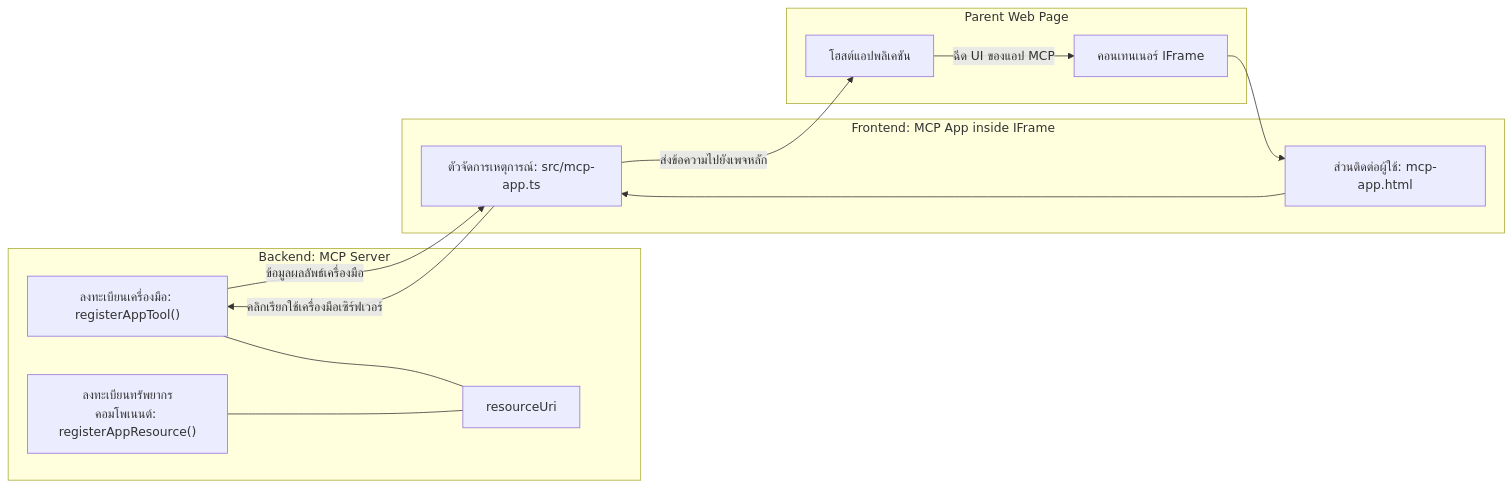
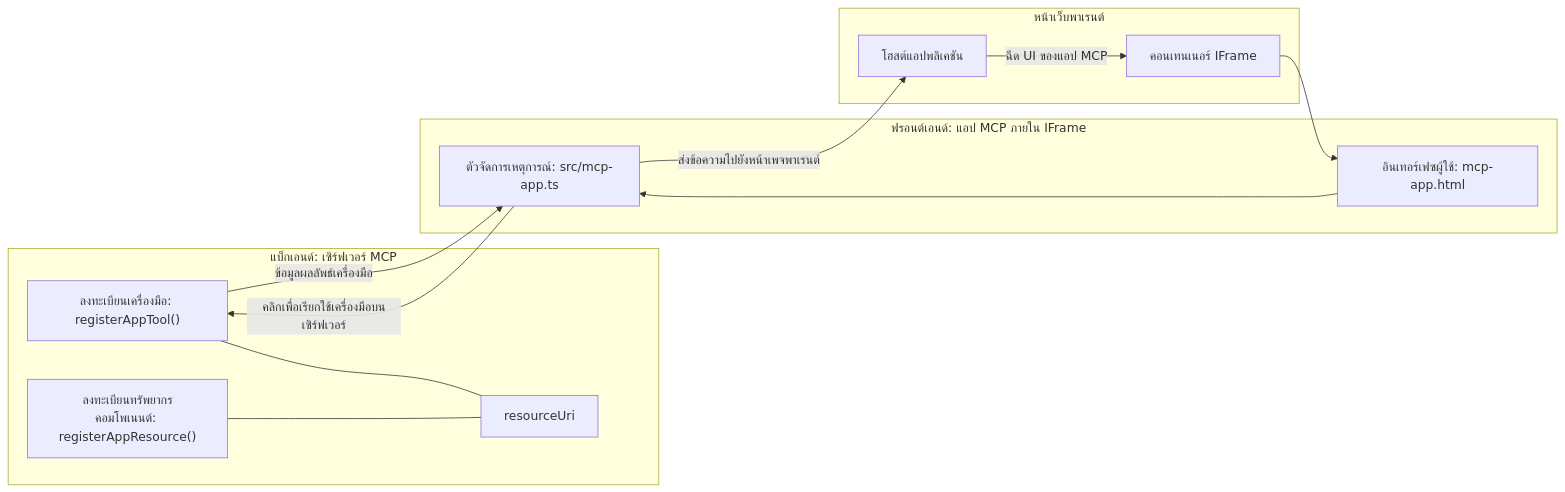
One commit to HIDORAKAI002/ai-workspace-archive changed the diagram in mcp_ecosystem__model_context_protocol/mcp_learning_resources/mcp-for-beginners/translations/th/03-GettingStarted/15-mcp-apps/README.md. Above: the diagram before and after it, drawn with Mermaid. The commit also changed other lines of this file and 1160 other files, not shown here.

````diff
--- a/mcp_ecosystem__model_context_protocol/mcp_learning_resources/mcp-for-beginners/translations/th/03-GettingStarted/15-mcp-apps/README.md
+++ b/mcp_ecosystem__model_context_protocol/mcp_learning_resources/mcp-for-beginners/translations/th/03-GettingStarted/15-mcp-apps/README.md
@@ -32,27 +32,27 @@
 ```mermaid
 flowchart LR
-  subgraph Backend[Backend: MCP Server]
+  subgraph Backend[แบ็กเอนด์: เซิร์ฟเวอร์ MCP]
     T["ลงทะเบียนเครื่องมือ: registerAppTool()"]
     C["ลงทะเบียนทรัพยากรคอมโพเนนต์: registerAppResource()"]
     U[resourceUri]
     T --- U
     C --- U
   end
 
-  subgraph Parent[Parent Web Page]
+  subgraph Parent[หน้าเว็บพาเรนต์]
     H[โฮสต์แอปพลิเคชัน]
     IFRAME[คอนเทนเนอร์ IFrame]
     H -->|ฉีด UI ของแอป MCP| IFRAME
   end
 
-  subgraph Frontend[Frontend: MCP App inside IFrame]
-    UI["ส่วนติดต่อผู้ใช้: mcp-app.html"]
+  subgraph Frontend[ฟรอนต์เอนด์: แอป MCP ภายใน IFrame]
+    UI["อินเทอร์เฟซผู้ใช้: mcp-app.html"]
     EH["ตัวจัดการเหตุการณ์: src/mcp-app.ts"]
     UI --> EH
   end
 
   IFRAME --> UI
-  EH -->|คลิกเรียกใช้เครื่องมือเซิร์ฟเวอร์| T
+  EH -->|คลิกเพื่อเรียกใช้เครื่องมือบนเซิร์ฟเวอร์| T
   T -->|ข้อมูลผลลัพธ์เครื่องมือ| EH
-  EH -->|ส่งข้อความไปยังเพจหลัก| H
-```
+  EH -->|ส่งข้อความไปยังหน้าเพจพาเรนต์| H
+```  
````
